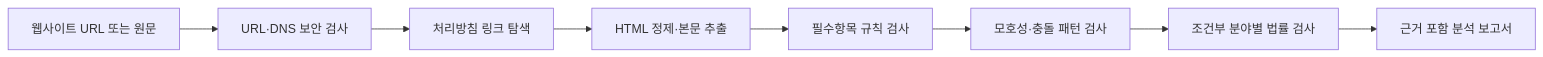
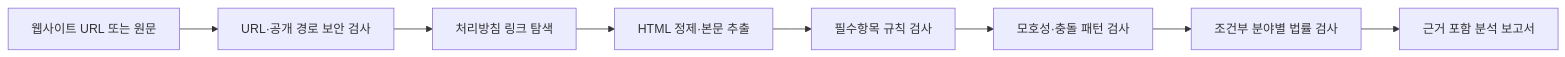
Before and after one commit to GGBoo0/law-lens-privacy-auditor: the diagram in README.md, drawn with Mermaid. The commit also changed other lines of this file and 4 other files, not shown here.

````diff
--- a/README.md
+++ b/README.md
@@ -41,10 +41,10 @@
 ```mermaid
 flowchart LR
-    A["웹사이트 URL 또는 원문"] --> B["URL·DNS 보안 검사"]
+    A["웹사이트 URL 또는 원문"] --> B["URL·공개 경로 보안 검사"]
     B --> C["처리방침 링크 탐색"]
     C --> D["HTML 정제·본문 추출"]
     D --> E["필수항목 규칙 검사"]
     E --> F["모호성·충돌 패턴 검사"]
     F --> G["조건부 분야별 법률 검사"]
     G --> H["근거 포함 분석 보고서"]
 ```
````
